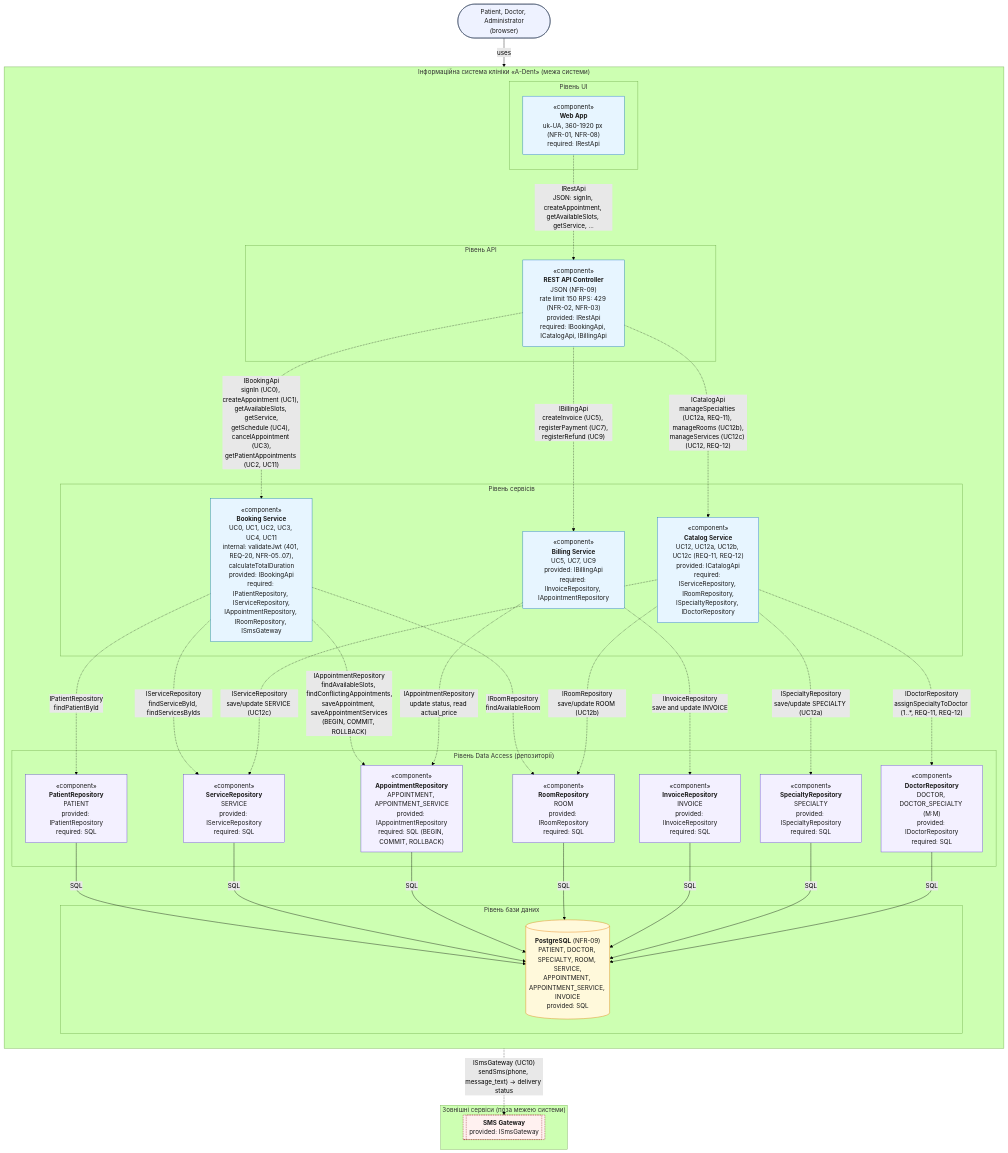
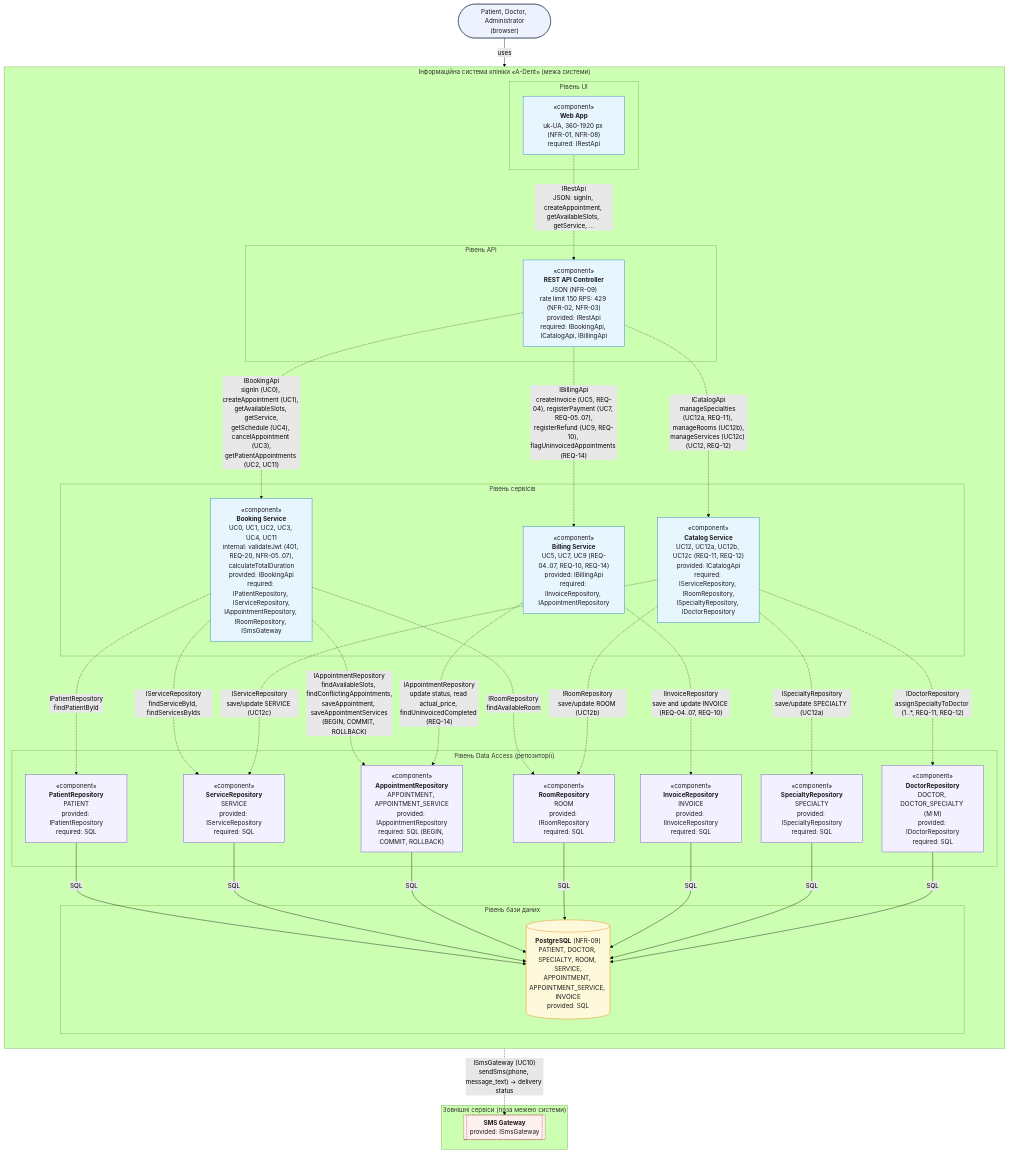
One commit to dvsqwx/KPI changed the diagram in component-diagram.mmd. Above: the diagram before and after it, drawn with Mermaid (forest theme).

Commit message:
fix(component): add REQ-14 and invoice requirements to Billing Service

```diff
--- a/component-diagram.mmd
+++ b/component-diagram.mmd
@@ -1,87 +1,87 @@
 %% Component diagram — архітектура системи «A-Dent», spec.md розділ 12.
 %% Нотація (Mermaid flowchart): прямокутник «component» — компонент; межа системи — зовнішній subgraph; рівні — вкладені subgraph.
 %% У кожному компоненті вказано provided (що він надає) і required (що йому потрібно) інтерфейси.
 %% Пунктирна стрілка — залежність від required-інтерфейсу: напрямок від споживача до постачальника, підпис — інтерфейс і виклики.
 %% Назви методів і сутностей збігаються з sequence-diagram.mmd, activity-diagram.mmd, use-case-diagram.mmd та er-diagram.mmd.
 flowchart TB
 
     Users(["Patient, Doctor, Administrator<br/>(browser)"]):::actor
 
     subgraph SYS["Інформаційна система клініки «A-Dent» (межа системи)"]
         direction TB
 
         subgraph UI["Рівень UI"]
             WebApp["«component»<br/><b>Web App</b><br/>uk-UA, 360-1920 px (NFR-01, NFR-08)<br/>required: IRestApi"]:::comp
         end
 
         subgraph API["Рівень API"]
             Controller["«component»<br/><b>REST API Controller</b><br/>JSON (NFR-09)<br/>rate limit 150 RPS: 429 (NFR-02, NFR-03)<br/>provided: IRestApi<br/>required: IBookingApi, ICatalogApi, IBillingApi"]:::comp
         end
 
         subgraph SVC["Рівень сервісів"]
             Booking["«component»<br/><b>Booking Service</b><br/>UC0, UC1, UC2, UC3, UC4, UC11<br/>internal: validateJwt (401, REQ-20, NFR-05..07),<br/>calculateTotalDuration<br/>provided: IBookingApi<br/>required: IPatientRepository, IServiceRepository,<br/>IAppointmentRepository, IRoomRepository, ISmsGateway"]:::comp
             Catalog["«component»<br/><b>Catalog Service</b><br/>UC12, UC12a, UC12b, UC12c (REQ-11, REQ-12)<br/>provided: ICatalogApi<br/>required: IServiceRepository, IRoomRepository,<br/>ISpecialtyRepository, IDoctorRepository"]:::comp
-            Billing["«component»<br/><b>Billing Service</b><br/>UC5, UC7, UC9<br/>provided: IBillingApi<br/>required: IInvoiceRepository, IAppointmentRepository"]:::comp
+            Billing["«component»<br/><b>Billing Service</b><br/>UC5, UC7, UC9 (REQ-04..07, REQ-10, REQ-14)<br/>provided: IBillingApi<br/>required: IInvoiceRepository, IAppointmentRepository"]:::comp
         end
 
         subgraph DA["Рівень Data Access (репозиторії)"]
             PatientRepo["«component»<br/><b>PatientRepository</b><br/>PATIENT<br/>provided: IPatientRepository<br/>required: SQL"]:::repo
             ServiceRepo["«component»<br/><b>ServiceRepository</b><br/>SERVICE<br/>provided: IServiceRepository<br/>required: SQL"]:::repo
             AppRepo["«component»<br/><b>AppointmentRepository</b><br/>APPOINTMENT, APPOINTMENT_SERVICE<br/>provided: IAppointmentRepository<br/>required: SQL (BEGIN, COMMIT, ROLLBACK)"]:::repo
             RoomRepo["«component»<br/><b>RoomRepository</b><br/>ROOM<br/>provided: IRoomRepository<br/>required: SQL"]:::repo
             InvoiceRepo["«component»<br/><b>InvoiceRepository</b><br/>INVOICE<br/>provided: IInvoiceRepository<br/>required: SQL"]:::repo
             SpecialtyRepo["«component»<br/><b>SpecialtyRepository</b><br/>SPECIALTY<br/>provided: ISpecialtyRepository<br/>required: SQL"]:::repo
             DoctorRepo["«component»<br/><b>DoctorRepository</b><br/>DOCTOR, DOCTOR_SPECIALTY (M:M)<br/>provided: IDoctorRepository<br/>required: SQL"]:::repo
         end
 
         subgraph DBL["Рівень бази даних"]
             DB[("<b>PostgreSQL</b> (NFR-09)<br/>PATIENT, DOCTOR, SPECIALTY, ROOM, SERVICE,<br/>APPOINTMENT, APPOINTMENT_SERVICE, INVOICE<br/>provided: SQL")]:::db
         end
     end
 
     subgraph EXT["Зовнішні сервіси (поза межею системи)"]
         SMS[["<b>SMS Gateway</b><br/>provided: ISmsGateway"]]:::ext
     end
 
     %% ===== Користувачі і UI =====
     Users -->|"uses"| WebApp
     WebApp -.->|"IRestApi<br/>JSON: signIn, createAppointment, getAvailableSlots, getService, ..."| Controller
 
     %% ===== API -> сервіси =====
     Controller -.->|"IBookingApi<br/>signIn (UC0), createAppointment (UC1), getAvailableSlots, getService,<br/>getSchedule (UC4), cancelAppointment (UC3),<br/>getPatientAppointments (UC2, UC11)"| Booking
     Controller -.->|"ICatalogApi<br/>manageSpecialties (UC12a, REQ-11), manageRooms (UC12b),<br/>manageServices (UC12c) (UC12, REQ-12)"| Catalog
-    Controller -.->|"IBillingApi<br/>createInvoice (UC5), registerPayment (UC7),<br/>registerRefund (UC9)"| Billing
+    Controller -.->|"IBillingApi<br/>createInvoice (UC5, REQ-04), registerPayment (UC7, REQ-05..07),<br/>registerRefund (UC9, REQ-10), flagUninvoicedAppointments (REQ-14)"| Billing
 
     %% ===== Booking Service -> Data Access =====
     Booking -.->|"IPatientRepository<br/>findPatientById"| PatientRepo
     Booking -.->|"IServiceRepository<br/>findServiceById, findServicesByIds"| ServiceRepo
     Booking -.->|"IAppointmentRepository<br/>findAvailableSlots, findConflictingAppointments,<br/>saveAppointment, saveAppointmentServices<br/>(BEGIN, COMMIT, ROLLBACK)"| AppRepo
     Booking -.->|"IRoomRepository<br/>findAvailableRoom"| RoomRepo
 
     %% ===== Catalog Service -> Data Access =====
     Catalog -.->|"IServiceRepository<br/>save/update SERVICE (UC12c)"| ServiceRepo
     Catalog -.->|"IRoomRepository<br/>save/update ROOM (UC12b)"| RoomRepo
     Catalog -.->|"ISpecialtyRepository<br/>save/update SPECIALTY (UC12a)"| SpecialtyRepo
     Catalog -.->|"IDoctorRepository<br/>assignSpecialtyToDoctor (1..*, REQ-11, REQ-12)"| DoctorRepo
 
     %% ===== Billing Service -> Data Access =====
-    Billing -.->|"IInvoiceRepository<br/>save and update INVOICE"| InvoiceRepo
-    Billing -.->|"IAppointmentRepository<br/>update status, read actual_price"| AppRepo
+    Billing -.->|"IInvoiceRepository<br/>save and update INVOICE (REQ-04..07, REQ-10)"| InvoiceRepo
+    Billing -.->|"IAppointmentRepository<br/>update status, read actual_price, findUninvoicedCompleted (REQ-14)"| AppRepo
 
     %% ===== Data Access -> PostgreSQL =====
     PatientRepo -->|"SQL"| DB
     ServiceRepo -->|"SQL"| DB
     AppRepo -->|"SQL"| DB
     RoomRepo -->|"SQL"| DB
     InvoiceRepo -->|"SQL"| DB
     SpecialtyRepo -->|"SQL"| DB
     DoctorRepo -->|"SQL"| DB
 
     %% ===== Зовнішній сервіс =====
     Booking -.->|"ISmsGateway (UC10)<br/>sendSms(phone, message_text) -> delivery status"| SMS
 
     classDef comp fill:#e7f5ff,stroke:#1971c2,color:#1a1a1a;
     classDef repo fill:#f3f0ff,stroke:#6741d9,color:#1a1a1a;
     classDef db fill:#fff9db,stroke:#e67700,color:#1a1a1a;
     classDef ext fill:#fff1f0,stroke:#9b2c2c,stroke-dasharray:4 2,color:#1a1a1a;
     classDef actor fill:#eef2ff,stroke:#33415c,color:#1a1a1a;
```
